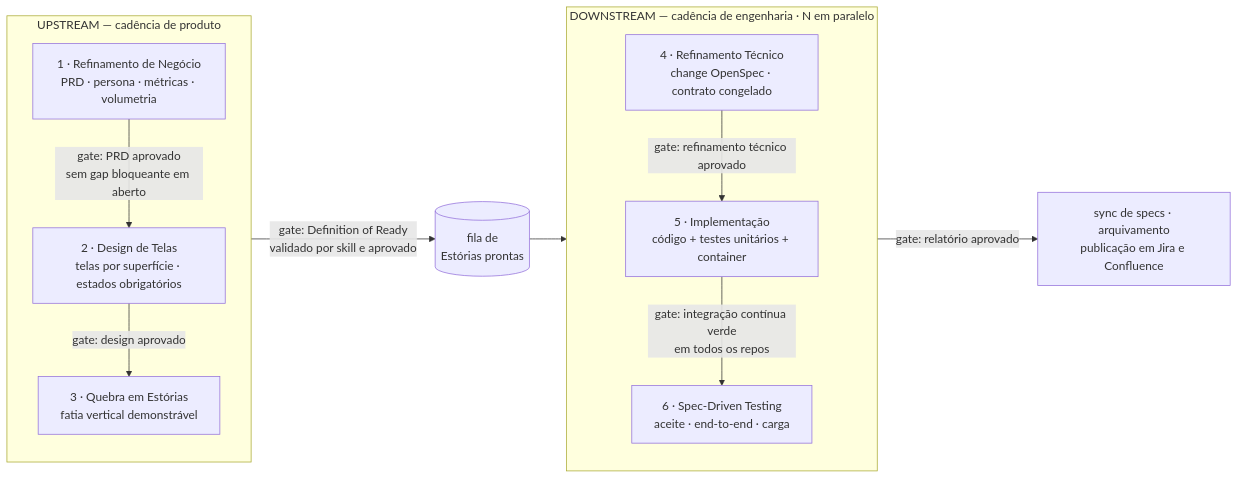
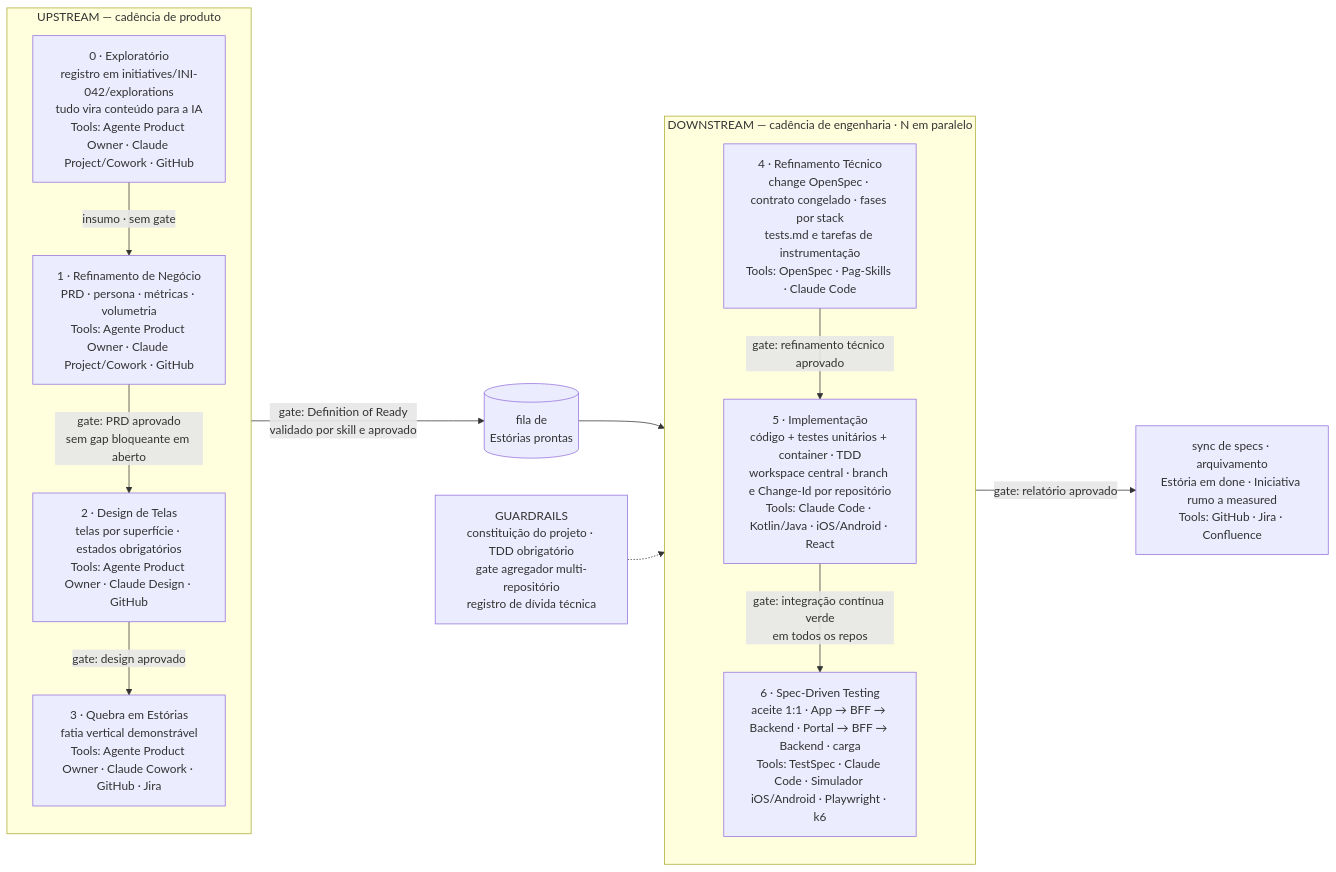
One commit to diegolirio/workflow-ai-first changed the first of 5 diagrams in workflow.md. Above: the diagram before and after it, drawn with Mermaid. The commit also changed other lines of this file, not shown here.

````diff
--- a/workflow.md
+++ b/workflow.md
@@ -33,28 +33,33 @@
 ```mermaid
 flowchart LR
     subgraph UP["UPSTREAM — cadência de produto"]
         direction TB
-        RN["1 · Refinamento de Negócio<br/>PRD · persona · métricas · volumetria"]
-        TL["2 · Design de Telas<br/>telas por superfície · estados obrigatórios"]
-        QE["3 · Quebra em Estórias<br/>fatia vertical demonstrável"]
+        EX["0 · Exploratório<br/>registro em initiatives/INI-042/explorations<br/>tudo vira conteúdo para a IA<br/>Tools: Agente Product Owner · Claude Project/Cowork · GitHub"]
+        RN["1 · Refinamento de Negócio<br/>PRD · persona · métricas · volumetria<br/>Tools: Agente Product Owner · Claude Project/Cowork · GitHub"]
+        TL["2 · Design de Telas<br/>telas por superfície · estados obrigatórios<br/>Tools: Agente Product Owner · Claude Design · GitHub"]
+        QE["3 · Quebra em Estórias<br/>fatia vertical demonstrável<br/>Tools: Agente Product Owner · Claude Cowork · GitHub · Jira"]
+        EX -->|"insumo · sem gate"| RN
         RN -->|"gate: PRD aprovado<br/>sem gap bloqueante em aberto"| TL
         TL -->|"gate: design aprovado"| QE
     end
 
     FILA[("fila de<br/>Estórias prontas")]
 
     subgraph DOWN["DOWNSTREAM — cadência de engenharia · N em paralelo"]
         direction TB
-        RT["4 · Refinamento Técnico<br/>change OpenSpec · contrato congelado"]
-        IMPL["5 · Implementação<br/>código + testes unitários + container"]
-        TEST["6 · Spec-Driven Testing<br/>aceite · end-to-end · carga"]
+        RT["4 · Refinamento Técnico<br/>change OpenSpec · contrato congelado · fases por stack<br/>tests.md e tarefas de instrumentação<br/>Tools: OpenSpec · Pag-Skills · Claude Code"]
+        IMPL["5 · Implementação<br/>código + testes unitários + container · TDD<br/>workspace central · branch e Change-Id por repositório<br/>Tools: Claude Code · Kotlin/Java · iOS/Android · React"]
+        TEST["6 · Spec-Driven Testing<br/>aceite 1:1 · App → BFF → Backend · Portal → BFF → Backend · carga<br/>Tools: TestSpec · Claude Code · Simulador iOS/Android · Playwright · k6"]
         RT -->|"gate: refinamento técnico aprovado"| IMPL
         IMPL -->|"gate: integração contínua verde<br/>em todos os repos"| TEST
     end
 
-    FIM["sync de specs · arquivamento<br/>publicação em Jira e Confluence"]
+    GR["GUARDRAILS<br/>constituição do projeto · TDD obrigatório<br/>gate agregador multi-repositório<br/>registro de dívida técnica"]
+
+    FIM["sync de specs · arquivamento<br/>Estória em done · Iniciativa rumo a measured<br/>Tools: GitHub · Jira · Confluence"]
 
     QE -->|"gate: Definition of Ready<br/>validado por skill e aprovado"| FILA
     FILA --> RT
     TEST -->|"gate: relatório aprovado"| FIM
+    GR -.-> DOWN
 ```
````
